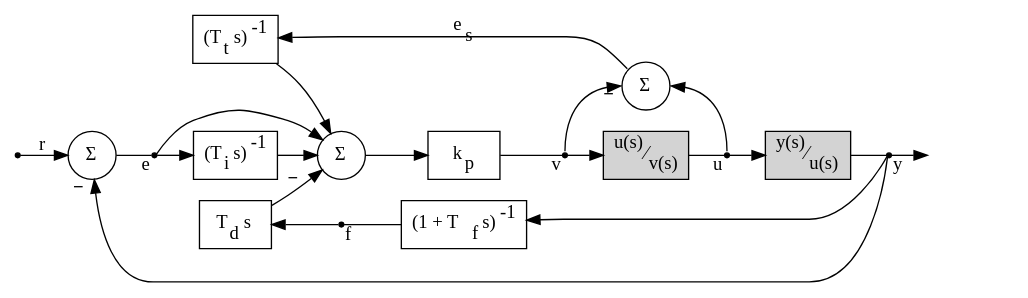
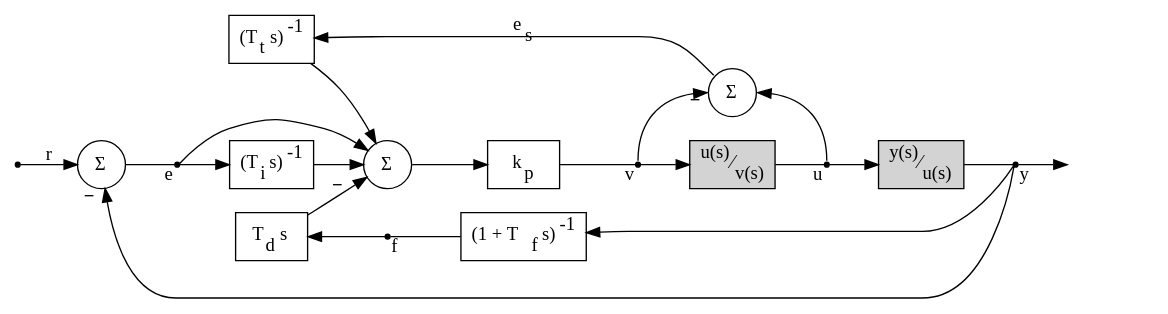
Before and after one commit to RhysU/suzerain: the diagram in writeups/helm.dot, drawn with Graphviz.

Commit message:
suzerain: remove explicit sizing

```diff
--- a/writeups/helm.dot
+++ b/writeups/helm.dot
@@ -1,51 +1,49 @@
 digraph g {
 
     rankdir=LR;
     style=invis;
-    ranksep=0.35;
-    nodesep=0.22;
 
     subgraph cluster_0 {
         e     [shape=point];
         Ti    [shape=box,    label=<(T<SUB>i</SUB>&thinsp;s)<SUP>-1</SUP>>];
         sum_e [shape=circle, label=<&#931;>];
     }
 
     actuator [shape=box,    label=<<SUP>u(s)</SUP>&frasl;<SUB>v(s)</SUB>>, style=filled];
     f        [shape=point];
     kp       [shape=box,    label=<k<SUB>p</SUB>>];
     output   [shape=none,   style=invis];
     process  [shape=box,    label=<<SUP>y(s)</SUP>&frasl;<SUB>u(s)</SUB>>, style=filled];
     r        [shape=point];
     sum_es   [shape=circle, label=<&#931;>];
     sum_kp   [shape=circle, label=<&#931;>];
     Td       [shape=box,    label=<T<SUB>d</SUB>&thinsp;s>];
     Tf       [shape=box,    label=<(1 + T<SUB>f</SUB>&thinsp;s)<SUP>-1</SUP>>];
     Tt       [shape=box,    label=<(T<SUB>t</SUB>&thinsp;s)<SUP>-1</SUP>>];
     u        [shape=point];
     v        [shape=point];
     y        [shape=point];
 
     actuator -> u        [arrowhead=none, headlabel=<u>, weight=10];
     e        -> sum_kp   [];
     e        -> Ti       [];
     f        -> Tf       [dir=back, arrowtail=none, taillabel=<f>];
     kp       -> v        [arrowhead=none, headlabel=<v>, weight=10];
     process  -> y        [weight=10, arrowhead=none];
     r        -> sum_e    [label=<r>];
     sum_e    -> e        [arrowhead=none, headlabel=<e>];
     sum_es   -> u        [dir=back, headport=n, tailport=e];
     sum_e    -> y        [dir=back, taillabel=<<B>&#8722;&thinsp;</B>>];
     sum_kp   -> kp       [weight=10];
     Td       -> f        [dir=back];
     Td       -> sum_kp   [headlabel=<<B>&#8722;&ensp;&ensp;</B>>];
     Tf       -> y        [dir=back];
     Ti       -> sum_kp   [];
     Tt       -> sum_es   [dir=back, label=<e<SUB>s</SUB>>, headport=nw];
     Tt       -> sum_kp   [];
     u        -> process  [weight=10];
     v        -> actuator [weight=10];
     v        -> sum_es   [headlabel=<<B>&#8722;</B>>, tailport=n, headport=w];
     y        -> output   [taillabel=<y>];
 
 }
```
